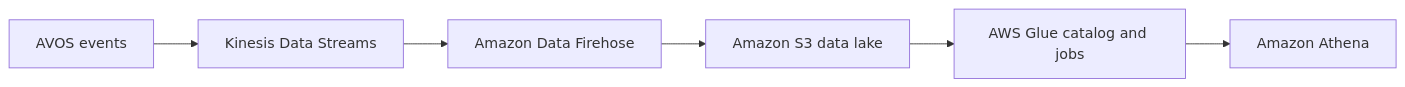
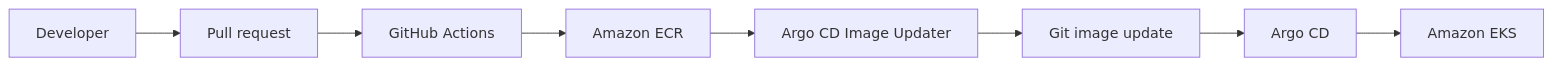
The first of 2 diagrams in README.md (Gabinsime75/African-Vibe-Online-Shop-AVOS), drawn with Mermaid before and after one commit. The commit also changed other lines of this file and 61 other files, not shown here.

````diff
--- a/README.md
+++ b/README.md
@@ -155,8 +151,10 @@
 ```mermaid
 flowchart LR
-    APP[AVOS events] --> KDS[Kinesis Data Streams]
-    KDS --> FH[Amazon Data Firehose]
-    FH --> S3[Amazon S3 data lake]
-    S3 --> GLUE[AWS Glue catalog and jobs]
-    GLUE --> ATHENA[Amazon Athena]
+    DEV[Developer] --> PR[Pull request]
+    PR --> CI[GitHub Actions]
+    CI --> ECR[Amazon ECR]
+    ECR --> IU[Argo CD Image Updater]
+    IU --> GIT[Git image update]
+    GIT --> ARGO[Argo CD]
+    ARGO --> EKS[Amazon EKS]
 ```
````
